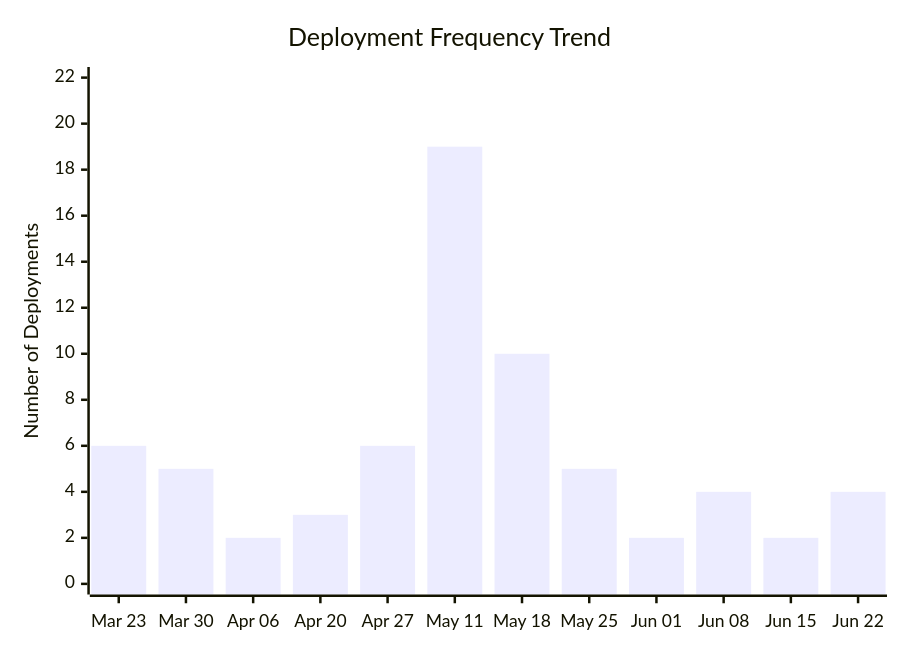
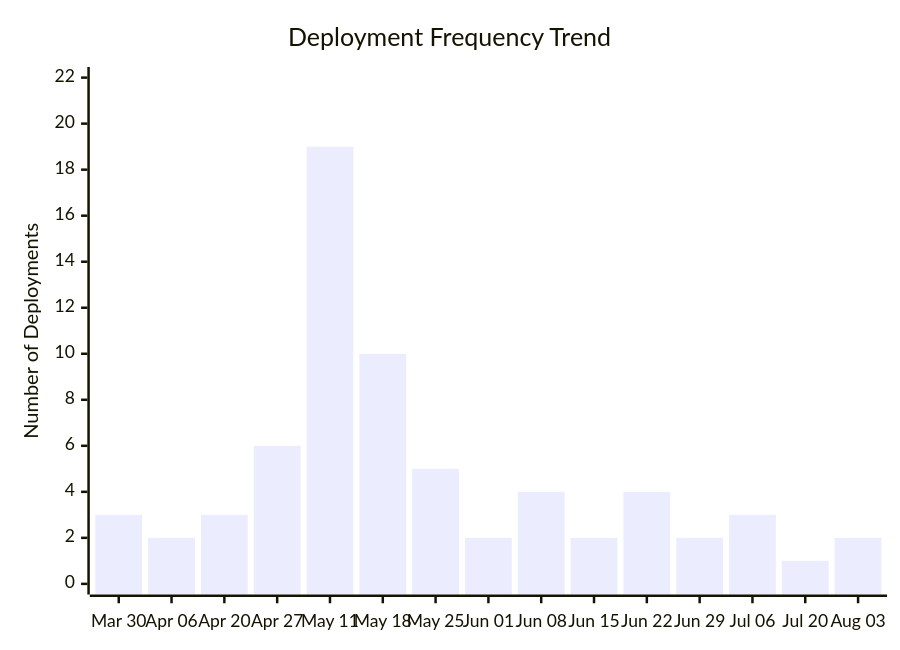
The third of 4 diagrams in docs/ci-cd/dora-summary.md (ukma-cs-ssdm-2025/rate-ukma), drawn with Mermaid before and after one commit. The commit also changed other lines of this file, not shown here.

````diff
--- a/docs/ci-cd/dora-summary.md
+++ b/docs/ci-cd/dora-summary.md
@@ -55,7 +57,7 @@
 ```mermaid
 xychart-beta
     title "Deployment Frequency Trend"
-    x-axis ["Mar 23", "Mar 30", "Apr 06", "Apr 20", "Apr 27", "May 11", "May 18", "May 25", "Jun 01", "Jun 08", "Jun 15", "Jun 22"]
+    x-axis ["Mar 30", "Apr 06", "Apr 20", "Apr 27", "May 11", "May 18", "May 25", "Jun 01", "Jun 08", "Jun 15", "Jun 22", "Jun 29", "Jul 06", "Jul 20", "Aug 03"]
     y-axis "Number of Deployments" 0 --> 22
-    bar [6.00, 5.00, 2.00, 3.00, 6.00, 19.00, 10.00, 5.00, 2.00, 4.00, 2.00, 4.00]
+    bar [3.00, 2.00, 3.00, 6.00, 19.00, 10.00, 5.00, 2.00, 4.00, 2.00, 4.00, 2.00, 3.00, 1.00, 2.00]
 ```
````
